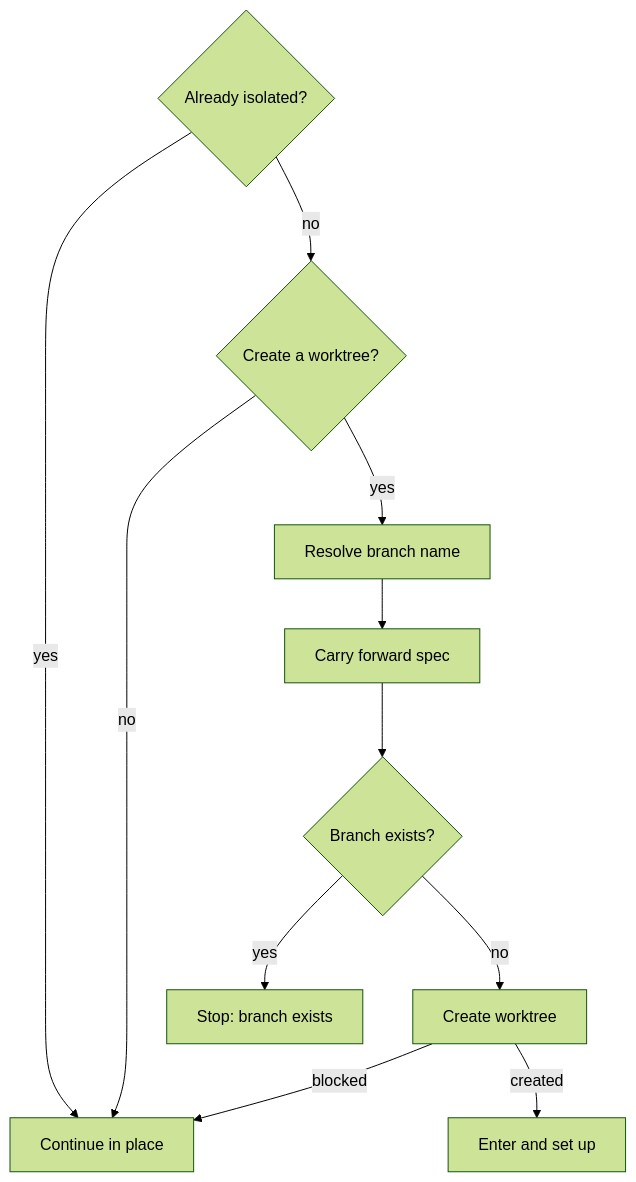
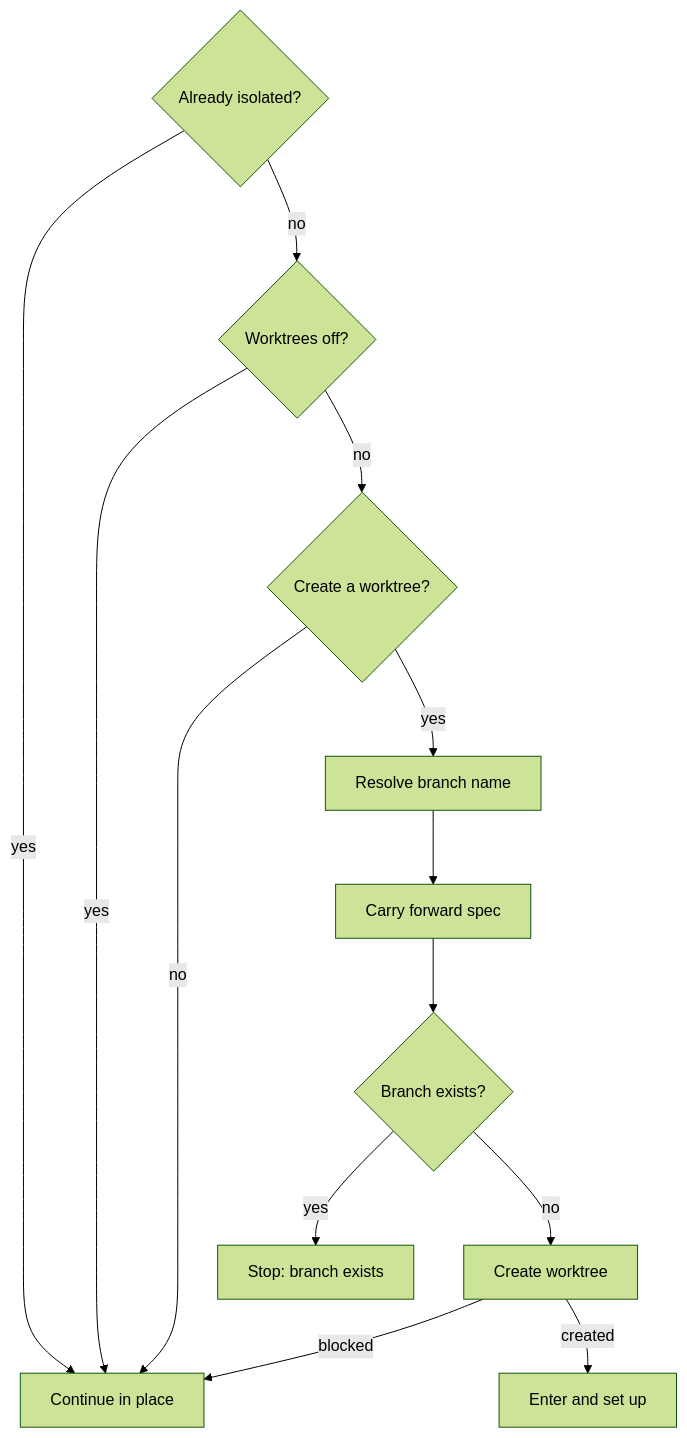
The first of 3 diagrams in context/_partials/worktree-setup.md (damusix/atomic-claude), drawn with Mermaid (forest theme) before and after one commit. The commit also changed other lines of this file and 795 other files, not shown here.

````diff
--- a/context/_partials/worktree-setup.md
+++ b/context/_partials/worktree-setup.md
@@ -8,13 +8,15 @@
 ```mermaid
 flowchart TD
     I{"Already isolated?"} -->|yes| P["Continue in place"]
-    I -->|no| A{"Create a worktree?"}
+    I -->|no| O{"Worktrees off?"}
+    O -->|yes| P
+    O -->|no| A{"Create a worktree?"}
     A -->|no| P
     A -->|yes| N["Resolve branch name"]
     N --> C["Carry forward spec"]
     C --> B{"Branch exists?"}
     B -->|yes| S["Stop: branch exists"]
     B -->|no| W["Create worktree"]
     W -->|blocked| P
     W -->|created| E["Enter and set up"]
 ```
````
